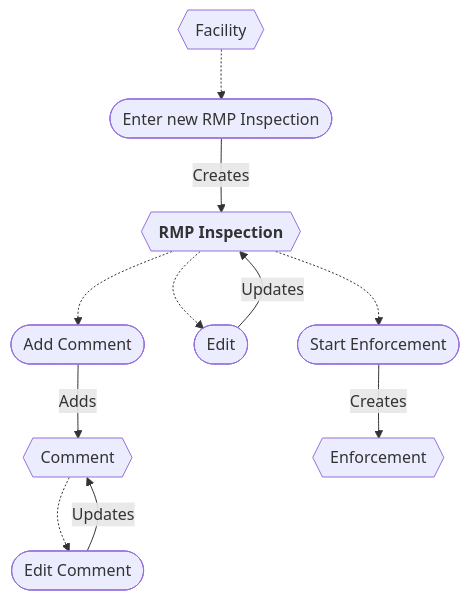
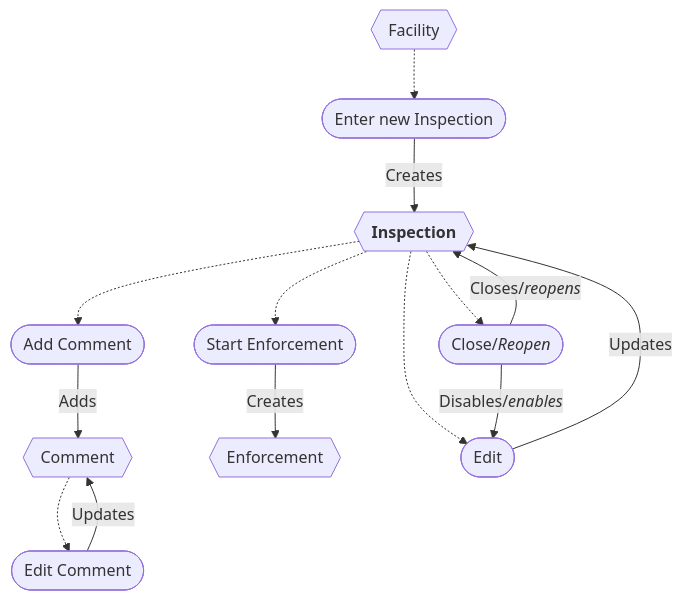
Before and after one commit to gaepdit/air-web: the first of 2 diagrams in docs/Workflows/Work-entries/RMP-Inspection.md, drawn with Mermaid. The commit also changed other lines of this file and 8 other files, not shown here.

Commit message:
Update workflow diagrams

````diff
--- a/docs/Workflows/Work-entries/RMP-Inspection.md
+++ b/docs/Workflows/Work-entries/RMP-Inspection.md
@@ -5,26 +10,27 @@
 ```mermaid
 flowchart
     FAC{{Facility}}
-    INS{{"`**RMP Inspection**`"}}
+    WRK{{"`**Inspection**`"}}
     CMT{{Comment}}
     ENF{{Enforcement}}
-
-    enter([Enter new RMP Inspection])
+    enter([Enter new Inspection])
     comment([Add Comment])
     edit([Edit])
     enforce([Start Enforcement])
+    close(["`Close/*Reopen*`"])
     editComment([Edit Comment])
     
     FAC -.-> enter
-    INS -.-> edit
-    INS -.-> comment
-    INS -.-> enforce
+    WRK -.-> edit
+    WRK -.-> close
+    WRK -.-> comment
+    WRK -.-> enforce
     CMT -.-> editComment
-
-    enter -->|Creates| INS
-    edit -->|Updates| INS
+    close -->|"`Disables/*enables*`"| edit
+    enter -->|Creates| WRK
+    edit -->|Updates| WRK
+    close -->|"`Closes/*reopens*`"| WRK
     editComment -->|Updates| CMT
     comment -->|Adds| CMT
     enforce -->|Creates| ENF
-
 ```
````
